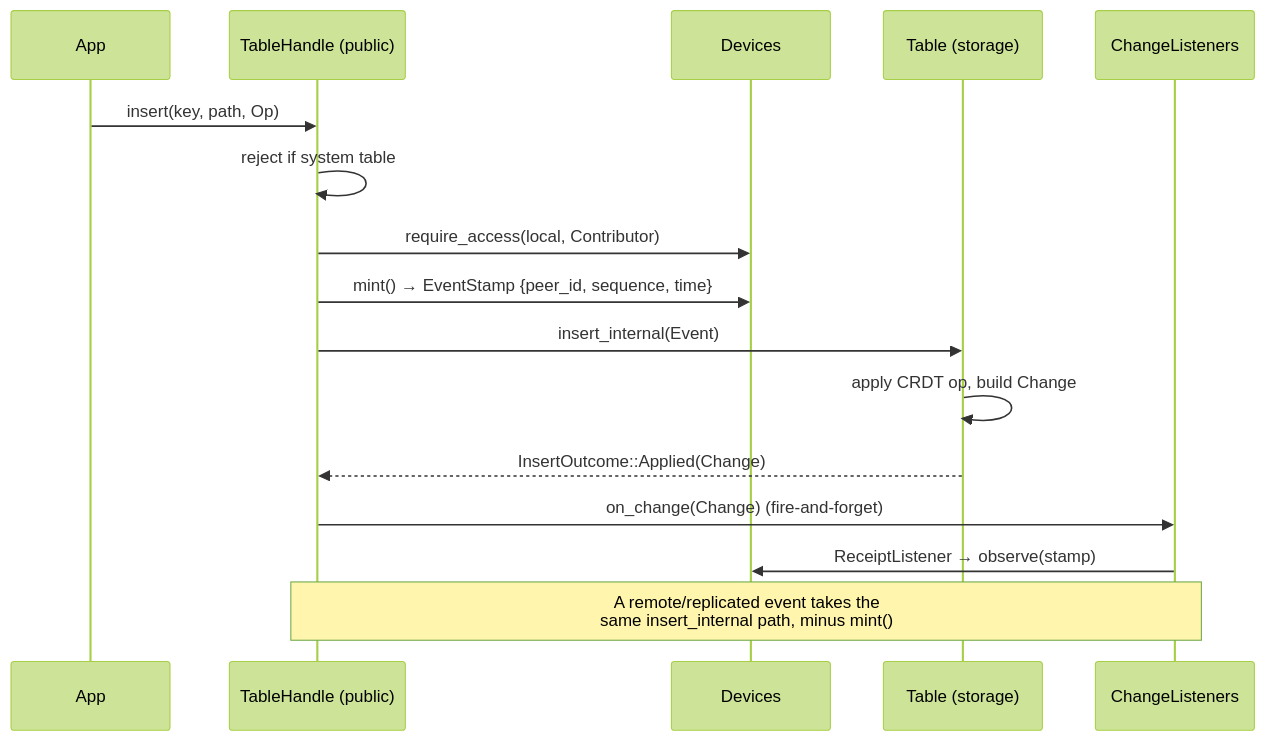
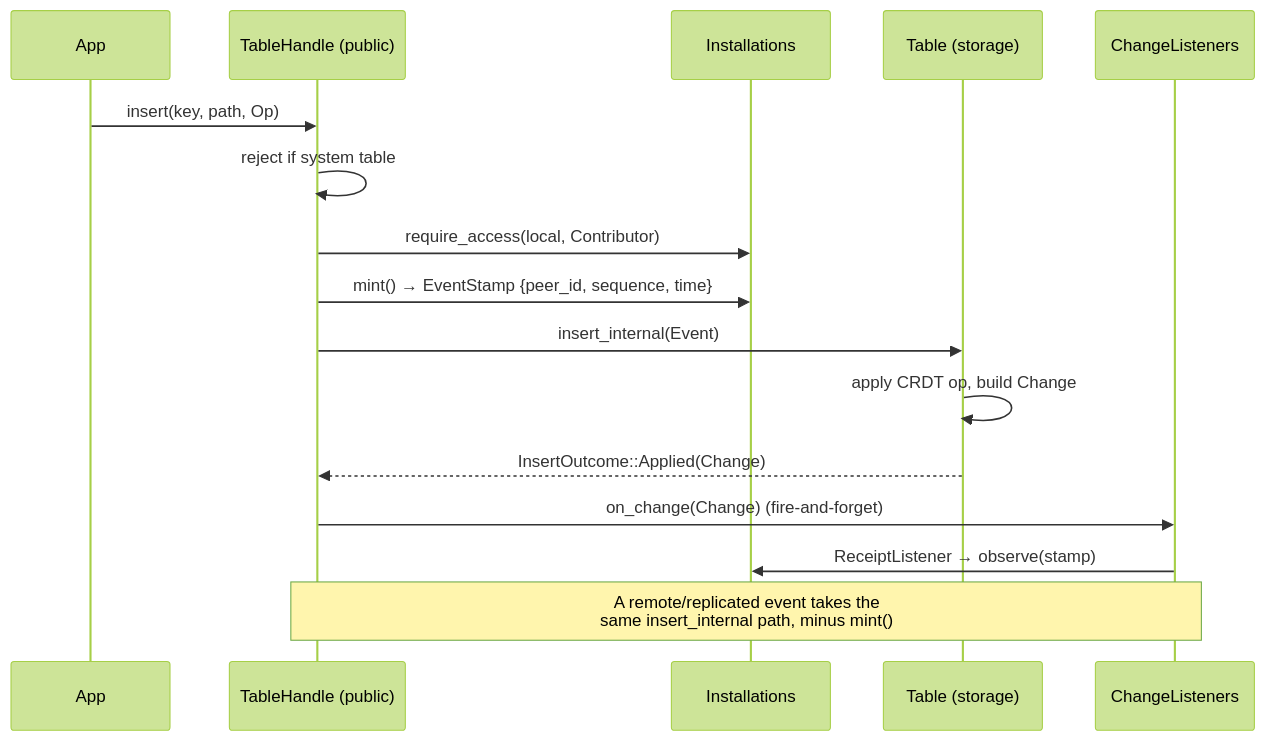
The second of 7 diagrams in .plan/baseline-zendb-as-is.md (ZeninAI/zendb), drawn with Mermaid (forest theme) before and after one commit. The commit also changed other lines of this file and 53 other files, not shown here.

````diff
--- a/.plan/baseline-zendb-as-is.md
+++ b/.plan/baseline-zendb-as-is.md
@@ -100,19 +100,19 @@
 ```mermaid
 sequenceDiagram
     participant App
     participant H as TableHandle (public)
-    participant D as Devices
+    participant D as Installations
     participant T as Table (storage)
     participant L as ChangeListeners
 
     App->>H: insert(key, path, Op)
     H->>H: reject if system table
     H->>D: require_access(local, Contributor)
     H->>D: mint() → EventStamp {peer_id, sequence, time}
     H->>T: insert_internal(Event)
     T->>T: apply CRDT op, build Change
     T-->>H: InsertOutcome::Applied(Change)
     H->>L: on_change(Change)  (fire-and-forget)
     L->>D: ReceiptListener → observe(stamp)
     Note over H,L: A remote/replicated event takes the<br/>same insert_internal path, minus mint()
 ```
````
